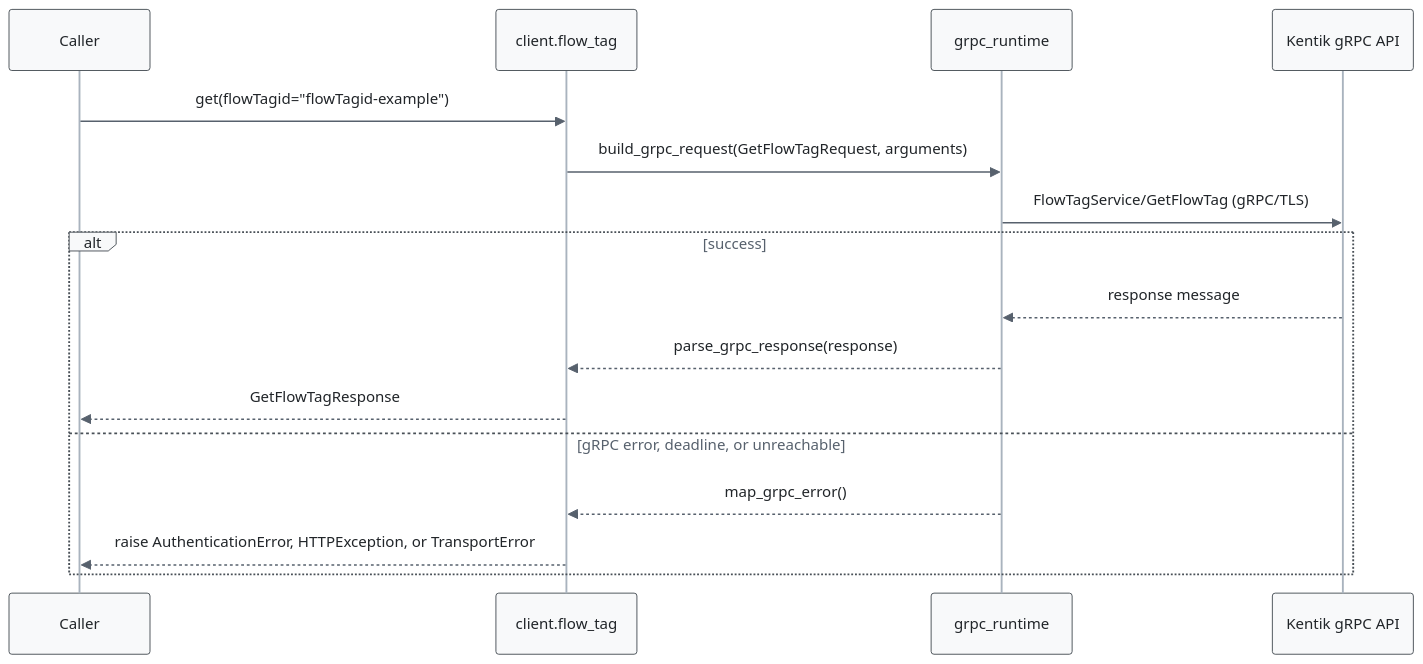
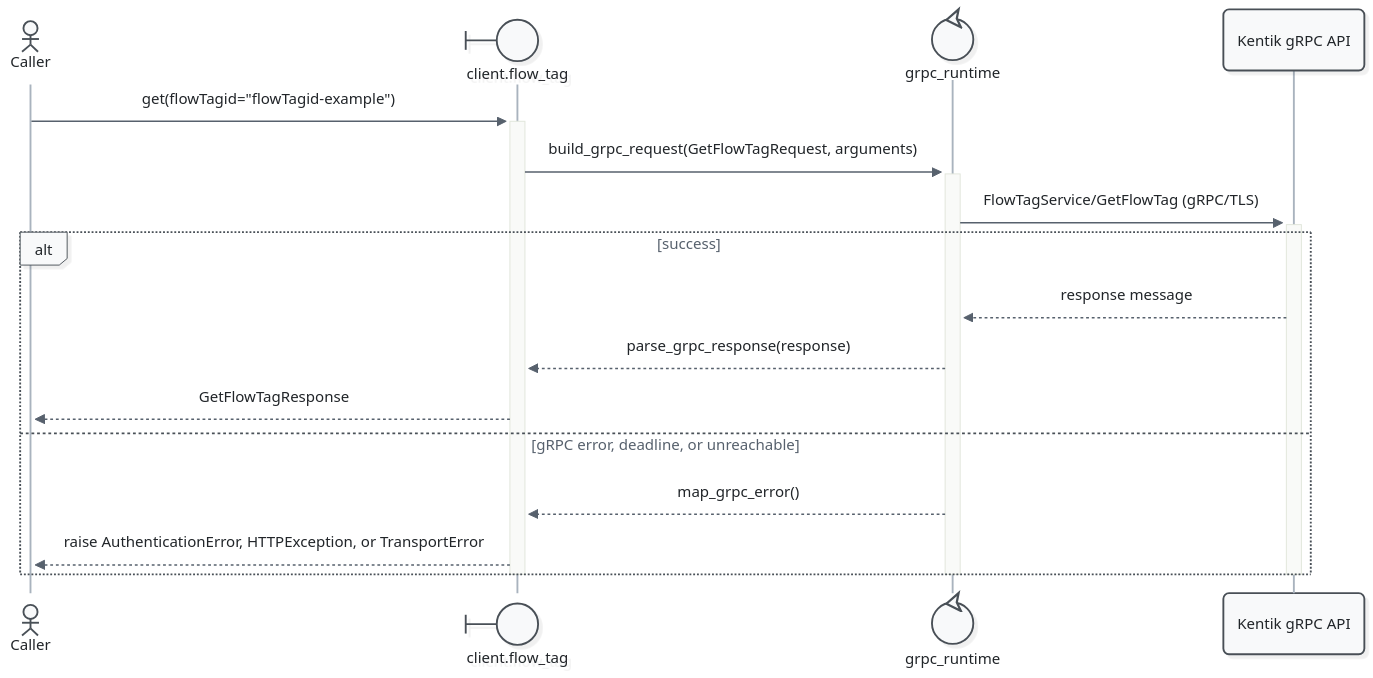
One commit to alexdearaujo/community_sdk_python changed the sixth of 11 diagrams in docs/sphinx/services/flow_tag.md. Above: the diagram before and after it, drawn with Mermaid. The commit also changed other lines of this file and 52 other files, not shown here.

First line of the commit message:
docs: Mermaid 12 sequence diagrams with participant types and path colors

````diff
--- a/docs/sphinx/services/flow_tag.md
+++ b/docs/sphinx/services/flow_tag.md
@@ -214,20 +226,23 @@
 ```mermaid
-%%{init: {"theme": "base", "fontFamily": "ui-monospace, SFMono-Regular, Menlo, monospace", "themeVariables": {"fontFamily": "ui-monospace, SFMono-Regular, Menlo, monospace", "primaryColor": "#f8f9fa", "primaryBorderColor": "#495057", "primaryTextColor": "#212529", "textColor": "#212529", "lineColor": "#77818c", "edgeLabelBackground": "#ffffff", "actorBkg": "#f8f9fa", "actorBorder": "#495057", "actorTextColor": "#212529", "actorLineColor": "#a9b3be", "signalColor": "#57616d", "signalTextColor": "#212529", "labelBoxBkgColor": "#f8f9fa", "labelBoxBorderColor": "#495057", "labelTextColor": "#212529", "loopTextColor": "#57616d", "noteBkgColor": "#fff9db", "noteBorderColor": "#f08c00", "noteTextColor": "#a35a00"}, "flowchart": {"curve": "step", "nodeSpacing": 30, "rankSpacing": 70, "wrappingWidth": 400}}}%%
+%%{init: {"theme": "redux", "look": "neo", "layout": "dagre", "fontFamily": "ui-monospace, SFMono-Regular, Menlo, monospace", "themeVariables": {"fontFamily": "ui-monospace, SFMono-Regular, Menlo, monospace", "primaryColor": "#f8f9fa", "primaryBorderColor": "#495057", "primaryTextColor": "#212529", "textColor": "#212529", "lineColor": "#77818c", "edgeLabelBackground": "#ffffff", "actorBkg": "#f8f9fa", "actorBorder": "#495057", "actorTextColor": "#212529", "actorLineColor": "#a9b3be", "signalColor": "#57616d", "signalTextColor": "#212529", "labelBoxBkgColor": "#f8f9fa", "labelBoxBorderColor": "#495057", "labelTextColor": "#212529", "loopTextColor": "#57616d", "noteBkgColor": "#fff9db", "noteBorderColor": "#f08c00", "noteTextColor": "#a35a00"}, "sequence": {"activationWidth": 16}, "flowchart": {"curve": "step", "nodeSpacing": 30, "rankSpacing": 70, "wrappingWidth": 400}}}%%
 sequenceDiagram
-    participant C as Caller
-    participant W as client.flow_tag
-    participant R as grpc_runtime
+    actor C as Caller
+    participant W@{ "type": "boundary" } as client.flow_tag
+    participant R@{ "type": "control" } as grpc_runtime
     participant API as Kentik gRPC API
 
-    C->>W: get(flowTagid="flowTagid-example")
-    W->>R: build_grpc_request(GetFlowTagRequest, arguments)
-    R->>API: FlowTagService/GetFlowTag (gRPC/TLS)
+    C->>+W: get(flowTagid="flowTagid-example")
+    W->>+R: build_grpc_request(GetFlowTagRequest, arguments)
+    R->>+API: FlowTagService/GetFlowTag (gRPC/TLS)
     alt success
         API-->>R: response message
         R-->>W: parse_grpc_response(response)
         W-->>C: GetFlowTagResponse
     else gRPC error, deadline, or unreachable
         R-->>W: map_grpc_error()
         W-->>C: raise AuthenticationError, HTTPException, or TransportError
     end
+    deactivate API
+    deactivate R
+    deactivate W
 ```
````
